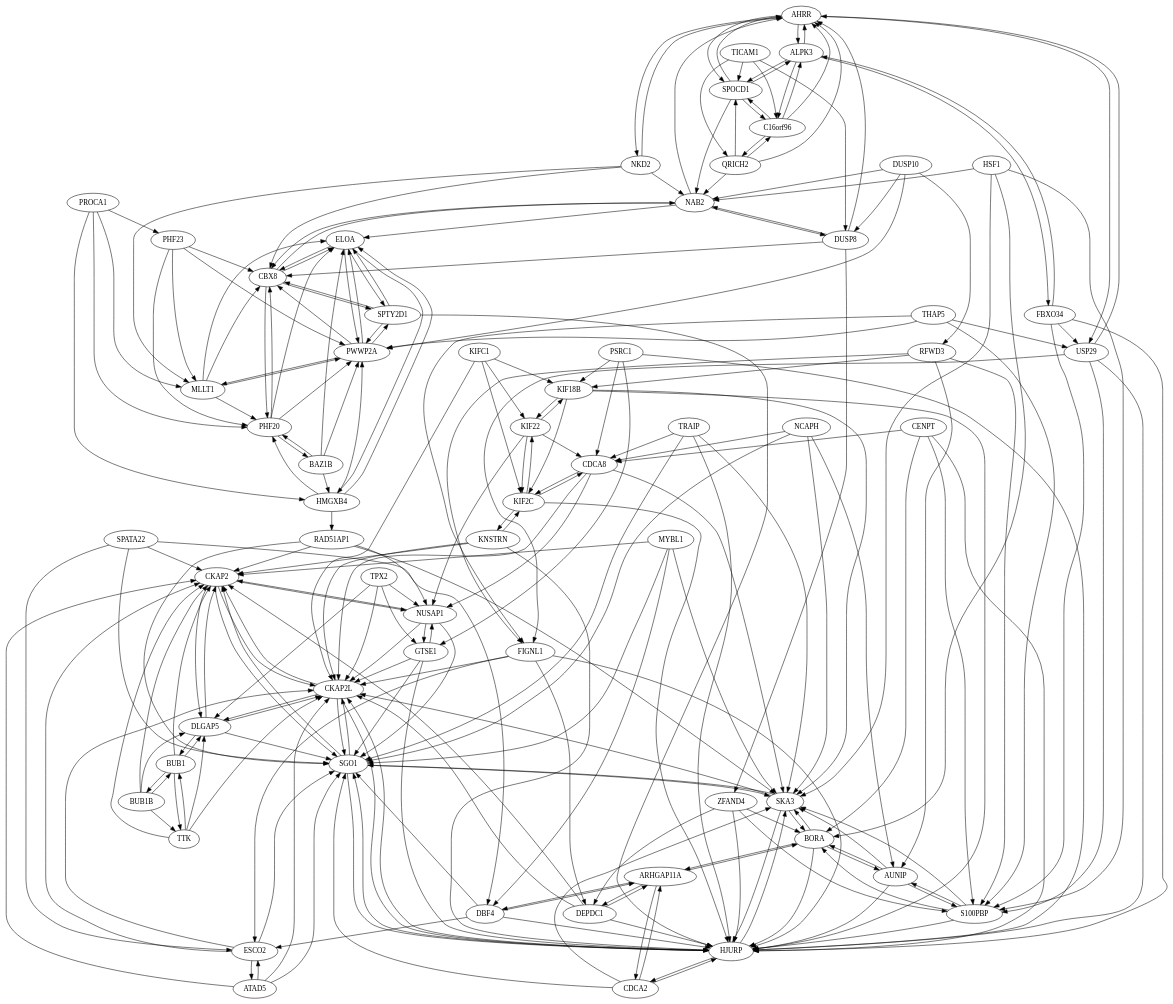
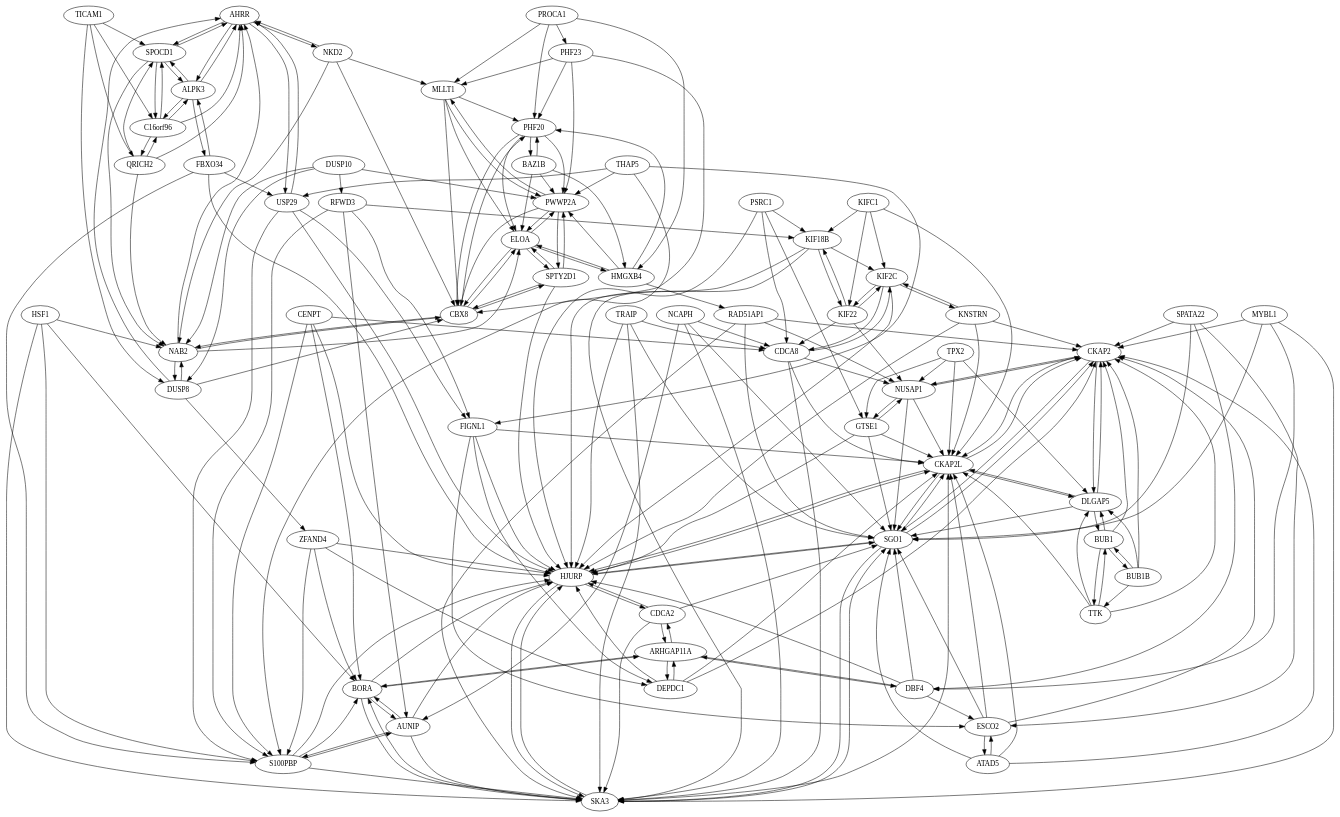
One commit to leonfrench/map-of-proteins-data changed the diagram in v6/graphs/404.graph.dot. Above: the diagram before and after it, drawn with Graphviz. The commit also changed 457 other files, not shown here.

```diff
--- a/v6/graphs/404.graph.dot
+++ b/v6/graphs/404.graph.dot
@@ -1,307 +1,307 @@
 digraph G {
-"AHRR" ["l"="5.342167,8.131840"]
-"ALPK3" ["l"="6.185135,8.390885"]
-"ARHGAP11A" ["l"="5.842954,8.247468"]
-"ATAD5" ["l"="6.796606,7.637290"]
-"AUNIP" ["l"="6.014803,8.191480"]
-"BAZ1B" ["l"="6.751137,7.103216"]
-"BORA" ["l"="6.471295,8.697002"]
-"BUB1" ["l"="4.882495,8.874801"]
-"BUB1B" ["l"="4.595689,8.907238"]
-"C16orf96" ["l"="5.286819,10.414582"]
-"CBX8" ["l"="5.638735,10.831552"]
-"CDCA2" ["l"="5.479311,8.575383"]
-"CDCA8" ["l"="6.656744,8.979912"]
-"CENPT" ["l"="6.274648,10.440174"]
-"CKAP2" ["l"="5.138080,8.288310"]
-"CKAP2L" ["l"="5.945961,8.945353"]
-"DBF4" ["l"="7.308868,7.502505"]
-"DEPDC1" ["l"="7.325713,8.863200"]
-"DLGAP5" ["l"="5.508067,8.758513"]
-"DUSP10" ["l"="5.456861,9.786377"]
-"DUSP8" ["l"="6.451457,7.212914"]
-"ELOA" ["l"="6.522436,9.374074"]
-"ESCO2" ["l"="6.941968,7.442773"]
-"FBXO34" ["l"="6.609139,7.924155"]
-"FIGNL1" ["l"="6.755556,8.052675"]
-"GTSE1" ["l"="6.377364,9.582579"]
-"HJURP" ["l"="5.350543,8.817370"]
-"HMGXB4" ["l"="5.357851,8.679894"]
-"HSF1" ["l"="4.927397,10.251534"]
-"KIF18B" ["l"="4.423866,9.371721"]
-"KIF22" ["l"="5.452693,8.972898"]
-"KIF2C" ["l"="5.670801,8.471496"]
-"KIFC1" ["l"="6.176218,8.868515"]
-"KNSTRN" ["l"="6.909967,9.198081"]
-"MLLT1" ["l"="6.807238,10.388829"]
-"MYBL1" ["l"="6.395647,7.970092"]
-"NAB2" ["l"="6.166708,9.736606"]
-"NCAPH" ["l"="6.929384,9.690364"]
-"NKD2" ["l"="4.633744,8.590987"]
-"NUSAP1" ["l"="6.320037,9.227454"]
-"PHF20" ["l"="6.313389,6.948039"]
-"PHF23" ["l"="5.632984,10.411057"]
-"PROCA1" ["l"="5.672820,9.807267"]
-"PSRC1" ["l"="5.908868,10.111429"]
-"PWWP2A" ["l"="7.328905,9.154952"]
-"QRICH2" ["l"="5.486474,9.798437"]
-"RAD51AP1" ["l"="7.401375,9.143545"]
-"RFWD3" ["l"="7.083966,7.384392"]
-"S100PBP" ["l"="6.818924,7.866403"]
-"SGO1" ["l"="5.899331,8.624681"]
-"SKA3" ["l"="6.480450,8.876753"]
-"SPATA22" ["l"="7.117840,8.283499"]
-"SPOCD1" ["l"="5.827494,9.105877"]
-"SPTY2D1" ["l"="5.414703,9.005554"]
-"THAP5" ["l"="7.265194,9.294370"]
-"TICAM1" ["l"="5.321524,8.913726"]
-"TPX2" ["l"="6.059177,9.304498"]
-"TRAIP" ["l"="6.891051,9.181768"]
-"TTK" ["l"="5.492383,8.918749"]
-"USP29" ["l"="4.809788,8.619522"]
-"ZFAND4" ["l"="6.654924,7.952474"]
-"AHRR" -> "NKD2"
-"AHRR" -> "SPOCD1"
-"AHRR" -> "ALPK3"
-"AHRR" -> "USP29"
-"ALPK3" -> "FBXO34"
-"ALPK3" -> "SPOCD1"
-"ALPK3" -> "AHRR"
-"ALPK3" -> "C16orf96"
-"ARHGAP11A" -> "CDCA2"
-"ARHGAP11A" -> "BORA"
-"ARHGAP11A" -> "DBF4"
-"ARHGAP11A" -> "DEPDC1"
-"ATAD5" -> "ESCO2"
-"ATAD5" -> "CKAP2"
-"ATAD5" -> "CKAP2L"
-"ATAD5" -> "SGO1"
-"AUNIP" -> "SKA3"
-"AUNIP" -> "BORA"
-"AUNIP" -> "S100PBP"
-"AUNIP" -> "HJURP"
-"BAZ1B" -> "PHF20"
-"BAZ1B" -> "ELOA"
-"BAZ1B" -> "HMGXB4"
-"BAZ1B" -> "PWWP2A"
-"BORA" -> "SKA3"
-"BORA" -> "HJURP"
-"BORA" -> "ARHGAP11A"
-"BORA" -> "AUNIP"
-"BUB1" -> "BUB1B"
-"BUB1" -> "DLGAP5"
-"BUB1" -> "CKAP2"
-"BUB1" -> "TTK"
-"BUB1B" -> "BUB1"
-"BUB1B" -> "DLGAP5"
-"BUB1B" -> "CKAP2"
-"BUB1B" -> "TTK"
-"C16orf96" -> "QRICH2"
-"C16orf96" -> "AHRR"
-"C16orf96" -> "SPOCD1"
-"C16orf96" -> "ALPK3"
-"CBX8" -> "ELOA"
-"CBX8" -> "NAB2"
-"CBX8" -> "PHF20"
-"CBX8" -> "SPTY2D1"
-"CDCA2" -> "SGO1"
-"CDCA2" -> "HJURP"
-"CDCA2" -> "ARHGAP11A"
-"CDCA2" -> "SKA3"
-"CDCA8" -> "SKA3"
-"CDCA8" -> "NUSAP1"
-"CDCA8" -> "CKAP2L"
-"CDCA8" -> "KIF2C"
-"CENPT" -> "HJURP"
-"CENPT" -> "S100PBP"
-"CENPT" -> "CDCA8"
-"CENPT" -> "BORA"
-"CKAP2" -> "CKAP2L"
-"CKAP2" -> "SGO1"
-"CKAP2" -> "DLGAP5"
-"CKAP2" -> "NUSAP1"
-"CKAP2L" -> "CKAP2"
-"CKAP2L" -> "SGO1"
-"CKAP2L" -> "DLGAP5"
-"CKAP2L" -> "HJURP"
-"DBF4" -> "SGO1"
-"DBF4" -> "ARHGAP11A"
-"DBF4" -> "HJURP"
-"DBF4" -> "ESCO2"
-"DEPDC1" -> "ARHGAP11A"
-"DEPDC1" -> "HJURP"
-"DEPDC1" -> "CKAP2L"
-"DEPDC1" -> "CKAP2"
-"DLGAP5" -> "CKAP2"
-"DLGAP5" -> "CKAP2L"
-"DLGAP5" -> "BUB1"
-"DLGAP5" -> "SGO1"
-"DUSP10" -> "NAB2"
-"DUSP10" -> "RFWD3"
-"DUSP10" -> "DUSP8"
-"DUSP10" -> "PWWP2A"
-"DUSP8" -> "NAB2"
-"DUSP8" -> "AHRR"
-"DUSP8" -> "CBX8"
-"DUSP8" -> "ZFAND4"
-"ELOA" -> "SPTY2D1"
-"ELOA" -> "HMGXB4"
-"ELOA" -> "PWWP2A"
-"ELOA" -> "CBX8"
-"ESCO2" -> "ATAD5"
-"ESCO2" -> "CKAP2"
-"ESCO2" -> "SGO1"
-"ESCO2" -> "CKAP2L"
-"FBXO34" -> "ALPK3"
-"FBXO34" -> "HJURP"
-"FBXO34" -> "USP29"
-"FBXO34" -> "S100PBP"
-"FIGNL1" -> "ESCO2"
-"FIGNL1" -> "HJURP"
-"FIGNL1" -> "DEPDC1"
-"FIGNL1" -> "CKAP2L"
-"GTSE1" -> "NUSAP1"
-"GTSE1" -> "HJURP"
-"GTSE1" -> "SGO1"
-"GTSE1" -> "CKAP2L"
-"HJURP" -> "SGO1"
-"HJURP" -> "CDCA2"
-"HJURP" -> "SKA3"
-"HJURP" -> "CKAP2L"
-"HMGXB4" -> "ELOA"
-"HMGXB4" -> "PHF20"
-"HMGXB4" -> "RAD51AP1"
-"HMGXB4" -> "PWWP2A"
-"HSF1" -> "BORA"
-"HSF1" -> "S100PBP"
-"HSF1" -> "NAB2"
-"HSF1" -> "SKA3"
-"KIF18B" -> "KIF22"
-"KIF18B" -> "HJURP"
-"KIF18B" -> "KIF2C"
-"KIF18B" -> "SKA3"
-"KIF22" -> "KIF18B"
-"KIF22" -> "KIF2C"
-"KIF22" -> "NUSAP1"
-"KIF22" -> "CDCA8"
-"KIF2C" -> "KIF22"
-"KIF2C" -> "CDCA8"
-"KIF2C" -> "KNSTRN"
-"KIF2C" -> "HJURP"
-"KIFC1" -> "KIF2C"
-"KIFC1" -> "KIF18B"
-"KIFC1" -> "CKAP2L"
-"KIFC1" -> "KIF22"
-"KNSTRN" -> "CKAP2"
-"KNSTRN" -> "KIF2C"
-"KNSTRN" -> "CKAP2L"
-"KNSTRN" -> "HJURP"
-"MLLT1" -> "PWWP2A"
-"MLLT1" -> "CBX8"
-"MLLT1" -> "ELOA"
-"MLLT1" -> "PHF20"
-"MYBL1" -> "SGO1"
-"MYBL1" -> "SKA3"
-"MYBL1" -> "DBF4"
-"MYBL1" -> "CKAP2"
-"NAB2" -> "CBX8"
-"NAB2" -> "DUSP8"
-"NAB2" -> "ELOA"
-"NAB2" -> "AHRR"
-"NCAPH" -> "SKA3"
-"NCAPH" -> "CDCA8"
-"NCAPH" -> "SGO1"
-"NCAPH" -> "AUNIP"
-"NKD2" -> "AHRR"
-"NKD2" -> "CBX8"
-"NKD2" -> "MLLT1"
-"NKD2" -> "NAB2"
-"NUSAP1" -> "SGO1"
-"NUSAP1" -> "CKAP2"
-"NUSAP1" -> "GTSE1"
-"NUSAP1" -> "CKAP2L"
-"PHF20" -> "ELOA"
-"PHF20" -> "CBX8"
-"PHF20" -> "BAZ1B"
-"PHF20" -> "PWWP2A"
-"PHF23" -> "CBX8"
-"PHF23" -> "PHF20"
-"PHF23" -> "PWWP2A"
-"PHF23" -> "MLLT1"
-"PROCA1" -> "MLLT1"
-"PROCA1" -> "PHF23"
-"PROCA1" -> "HMGXB4"
-"PROCA1" -> "PHF20"
-"PSRC1" -> "GTSE1"
-"PSRC1" -> "KIF18B"
-"PSRC1" -> "HJURP"
-"PSRC1" -> "CDCA8"
-"PWWP2A" -> "ELOA"
-"PWWP2A" -> "CBX8"
-"PWWP2A" -> "MLLT1"
-"PWWP2A" -> "SPTY2D1"
-"QRICH2" -> "C16orf96"
-"QRICH2" -> "SPOCD1"
-"QRICH2" -> "AHRR"
-"QRICH2" -> "NAB2"
-"RAD51AP1" -> "SGO1"
-"RAD51AP1" -> "SKA3"
-"RAD51AP1" -> "NUSAP1"
-"RAD51AP1" -> "CKAP2"
-"RFWD3" -> "S100PBP"
-"RFWD3" -> "AUNIP"
-"RFWD3" -> "FIGNL1"
-"RFWD3" -> "KIF18B"
-"S100PBP" -> "AUNIP"
-"S100PBP" -> "HJURP"
-"S100PBP" -> "SKA3"
-"S100PBP" -> "BORA"
-"SGO1" -> "CKAP2L"
-"SGO1" -> "CKAP2"
-"SGO1" -> "SKA3"
-"SGO1" -> "HJURP"
-"SKA3" -> "SGO1"
-"SKA3" -> "HJURP"
-"SKA3" -> "BORA"
-"SKA3" -> "CKAP2L"
-"SPATA22" -> "DBF4"
-"SPATA22" -> "CKAP2"
-"SPATA22" -> "ESCO2"
-"SPATA22" -> "SGO1"
-"SPOCD1" -> "AHRR"
-"SPOCD1" -> "ALPK3"
-"SPOCD1" -> "C16orf96"
-"SPOCD1" -> "NAB2"
-"SPTY2D1" -> "ELOA"
-"SPTY2D1" -> "CBX8"
-"SPTY2D1" -> "PWWP2A"
-"SPTY2D1" -> "HJURP"
-"THAP5" -> "S100PBP"
-"THAP5" -> "USP29"
-"THAP5" -> "PWWP2A"
-"THAP5" -> "FIGNL1"
-"TICAM1" -> "DUSP8"
-"TICAM1" -> "C16orf96"
-"TICAM1" -> "SPOCD1"
-"TICAM1" -> "QRICH2"
-"TPX2" -> "DLGAP5"
-"TPX2" -> "CKAP2L"
-"TPX2" -> "GTSE1"
-"TPX2" -> "NUSAP1"
-"TRAIP" -> "SKA3"
-"TRAIP" -> "SGO1"
-"TRAIP" -> "CDCA8"
-"TRAIP" -> "HJURP"
-"TTK" -> "CKAP2"
-"TTK" -> "BUB1"
-"TTK" -> "DLGAP5"
-"TTK" -> "CKAP2L"
-"USP29" -> "HJURP"
-"USP29" -> "AHRR"
-"USP29" -> "S100PBP"
-"USP29" -> "FIGNL1"
-"ZFAND4" -> "HJURP"
-"ZFAND4" -> "DEPDC1"
-"ZFAND4" -> "BORA"
-"ZFAND4" -> "S100PBP"
+"AHRR" -> "NKD2";
+"AHRR" -> "SPOCD1";
+"AHRR" -> "ALPK3";
+"AHRR" -> "USP29";
+"ALPK3" -> "FBXO34";
+"ALPK3" -> "SPOCD1";
+"ALPK3" -> "AHRR";
+"ALPK3" -> "C16orf96";
+"ARHGAP11A" -> "CDCA2";
+"ARHGAP11A" -> "BORA";
+"ARHGAP11A" -> "DBF4";
+"ARHGAP11A" -> "DEPDC1";
+"ATAD5" -> "ESCO2";
+"ATAD5" -> "CKAP2";
+"ATAD5" -> "CKAP2L";
+"ATAD5" -> "SGO1";
+"AUNIP" -> "SKA3";
+"AUNIP" -> "BORA";
+"AUNIP" -> "S100PBP";
+"AUNIP" -> "HJURP";
+"BAZ1B" -> "PHF20";
+"BAZ1B" -> "ELOA";
+"BAZ1B" -> "HMGXB4";
+"BAZ1B" -> "PWWP2A";
+"BORA" -> "SKA3";
+"BORA" -> "HJURP";
+"BORA" -> "ARHGAP11A";
+"BORA" -> "AUNIP";
+"BUB1" -> "BUB1B";
+"BUB1" -> "DLGAP5";
+"BUB1" -> "CKAP2";
+"BUB1" -> "TTK";
+"BUB1B" -> "BUB1";
+"BUB1B" -> "DLGAP5";
+"BUB1B" -> "CKAP2";
+"BUB1B" -> "TTK";
+"C16orf96" -> "QRICH2";
+"C16orf96" -> "AHRR";
+"C16orf96" -> "SPOCD1";
+"C16orf96" -> "ALPK3";
+"CBX8" -> "ELOA";
+"CBX8" -> "NAB2";
+"CBX8" -> "PHF20";
+"CBX8" -> "SPTY2D1";
+"CDCA2" -> "SGO1";
+"CDCA2" -> "HJURP";
+"CDCA2" -> "ARHGAP11A";
+"CDCA2" -> "SKA3";
+"CDCA8" -> "SKA3";
+"CDCA8" -> "NUSAP1";
+"CDCA8" -> "CKAP2L";
+"CDCA8" -> "KIF2C";
+"CENPT" -> "HJURP";
+"CENPT" -> "S100PBP";
+"CENPT" -> "CDCA8";
+"CENPT" -> "BORA";
+"CKAP2" -> "CKAP2L";
+"CKAP2" -> "SGO1";
+"CKAP2" -> "DLGAP5";
+"CKAP2" -> "NUSAP1";
+"CKAP2L" -> "CKAP2";
+"CKAP2L" -> "SGO1";
+"CKAP2L" -> "DLGAP5";
+"CKAP2L" -> "HJURP";
+"DBF4" -> "SGO1";
+"DBF4" -> "ARHGAP11A";
+"DBF4" -> "HJURP";
+"DBF4" -> "ESCO2";
+"DEPDC1" -> "ARHGAP11A";
+"DEPDC1" -> "HJURP";
+"DEPDC1" -> "CKAP2L";
+"DEPDC1" -> "CKAP2";
+"DLGAP5" -> "CKAP2";
+"DLGAP5" -> "CKAP2L";
+"DLGAP5" -> "BUB1";
+"DLGAP5" -> "SGO1";
+"DUSP10" -> "NAB2";
+"DUSP10" -> "RFWD3";
+"DUSP10" -> "DUSP8";
+"DUSP10" -> "PWWP2A";
+"DUSP8" -> "NAB2";
+"DUSP8" -> "AHRR";
+"DUSP8" -> "CBX8";
+"DUSP8" -> "ZFAND4";
+"ELOA" -> "SPTY2D1";
+"ELOA" -> "HMGXB4";
+"ELOA" -> "PWWP2A";
+"ELOA" -> "CBX8";
+"ESCO2" -> "ATAD5";
+"ESCO2" -> "CKAP2";
+"ESCO2" -> "SGO1";
+"ESCO2" -> "CKAP2L";
+"FBXO34" -> "ALPK3";
+"FBXO34" -> "HJURP";
+"FBXO34" -> "USP29";
+"FBXO34" -> "S100PBP";
+"FIGNL1" -> "ESCO2";
+"FIGNL1" -> "HJURP";
+"FIGNL1" -> "DEPDC1";
+"FIGNL1" -> "CKAP2L";
+"GTSE1" -> "NUSAP1";
+"GTSE1" -> "HJURP";
+"GTSE1" -> "SGO1";
+"GTSE1" -> "CKAP2L";
+"HJURP" -> "SGO1";
+"HJURP" -> "CDCA2";
+"HJURP" -> "SKA3";
+"HJURP" -> "CKAP2L";
+"HMGXB4" -> "ELOA";
+"HMGXB4" -> "PHF20";
+"HMGXB4" -> "RAD51AP1";
+"HMGXB4" -> "PWWP2A";
+"HSF1" -> "BORA";
+"HSF1" -> "S100PBP";
+"HSF1" -> "NAB2";
+"HSF1" -> "SKA3";
+"KIF18B" -> "KIF22";
+"KIF18B" -> "HJURP";
+"KIF18B" -> "KIF2C";
+"KIF18B" -> "SKA3";
+"KIF22" -> "KIF18B";
+"KIF22" -> "KIF2C";
+"KIF22" -> "NUSAP1";
+"KIF22" -> "CDCA8";
+"KIF2C" -> "KIF22";
+"KIF2C" -> "CDCA8";
+"KIF2C" -> "KNSTRN";
+"KIF2C" -> "HJURP";
+"KIFC1" -> "KIF2C";
+"KIFC1" -> "KIF18B";
+"KIFC1" -> "CKAP2L";
+"KIFC1" -> "KIF22";
+"KNSTRN" -> "CKAP2";
+"KNSTRN" -> "KIF2C";
+"KNSTRN" -> "CKAP2L";
+"KNSTRN" -> "HJURP";
+"MLLT1" -> "PWWP2A";
+"MLLT1" -> "CBX8";
+"MLLT1" -> "ELOA";
+"MLLT1" -> "PHF20";
+"MYBL1" -> "SGO1";
+"MYBL1" -> "SKA3";
+"MYBL1" -> "DBF4";
+"MYBL1" -> "CKAP2";
+"NAB2" -> "CBX8";
+"NAB2" -> "DUSP8";
+"NAB2" -> "ELOA";
+"NAB2" -> "AHRR";
+"NCAPH" -> "SKA3";
+"NCAPH" -> "CDCA8";
+"NCAPH" -> "SGO1";
+"NCAPH" -> "AUNIP";
+"NKD2" -> "AHRR";
+"NKD2" -> "CBX8";
+"NKD2" -> "MLLT1";
+"NKD2" -> "NAB2";
+"NUSAP1" -> "SGO1";
+"NUSAP1" -> "CKAP2";
+"NUSAP1" -> "GTSE1";
+"NUSAP1" -> "CKAP2L";
+"PHF20" -> "ELOA";
+"PHF20" -> "CBX8";
+"PHF20" -> "BAZ1B";
+"PHF20" -> "PWWP2A";
+"PHF23" -> "CBX8";
+"PHF23" -> "PHF20";
+"PHF23" -> "PWWP2A";
+"PHF23" -> "MLLT1";
+"PROCA1" -> "MLLT1";
+"PROCA1" -> "PHF23";
+"PROCA1" -> "HMGXB4";
+"PROCA1" -> "PHF20";
+"PSRC1" -> "GTSE1";
+"PSRC1" -> "KIF18B";
+"PSRC1" -> "HJURP";
+"PSRC1" -> "CDCA8";
+"PWWP2A" -> "ELOA";
+"PWWP2A" -> "CBX8";
+"PWWP2A" -> "MLLT1";
+"PWWP2A" -> "SPTY2D1";
+"QRICH2" -> "C16orf96";
+"QRICH2" -> "SPOCD1";
+"QRICH2" -> "AHRR";
+"QRICH2" -> "NAB2";
+"RAD51AP1" -> "SGO1";
+"RAD51AP1" -> "SKA3";
+"RAD51AP1" -> "NUSAP1";
+"RAD51AP1" -> "CKAP2";
+"RFWD3" -> "S100PBP";
+"RFWD3" -> "AUNIP";
+"RFWD3" -> "FIGNL1";
+"RFWD3" -> "KIF18B";
+"S100PBP" -> "AUNIP";
+"S100PBP" -> "HJURP";
+"S100PBP" -> "SKA3";
+"S100PBP" -> "BORA";
+"SGO1" -> "CKAP2L";
+"SGO1" -> "CKAP2";
+"SGO1" -> "SKA3";
+"SGO1" -> "HJURP";
+"SKA3" -> "SGO1";
+"SKA3" -> "HJURP";
+"SKA3" -> "BORA";
+"SKA3" -> "CKAP2L";
+"SPATA22" -> "DBF4";
+"SPATA22" -> "CKAP2";
+"SPATA22" -> "ESCO2";
+"SPATA22" -> "SGO1";
+"SPOCD1" -> "AHRR";
+"SPOCD1" -> "ALPK3";
+"SPOCD1" -> "C16orf96";
+"SPOCD1" -> "NAB2";
+"SPTY2D1" -> "ELOA";
+"SPTY2D1" -> "CBX8";
+"SPTY2D1" -> "PWWP2A";
+"SPTY2D1" -> "HJURP";
+"THAP5" -> "S100PBP";
+"THAP5" -> "USP29";
+"THAP5" -> "PWWP2A";
+"THAP5" -> "FIGNL1";
+"TICAM1" -> "DUSP8";
+"TICAM1" -> "C16orf96";
+"TICAM1" -> "SPOCD1";
+"TICAM1" -> "QRICH2";
+"TPX2" -> "DLGAP5";
+"TPX2" -> "CKAP2L";
+"TPX2" -> "GTSE1";
+"TPX2" -> "NUSAP1";
+"TRAIP" -> "SKA3";
+"TRAIP" -> "SGO1";
+"TRAIP" -> "CDCA8";
+"TRAIP" -> "HJURP";
+"TTK" -> "CKAP2";
+"TTK" -> "BUB1";
+"TTK" -> "DLGAP5";
+"TTK" -> "CKAP2L";
+"USP29" -> "HJURP";
+"USP29" -> "AHRR";
+"USP29" -> "S100PBP";
+"USP29" -> "FIGNL1";
+"ZFAND4" -> "HJURP";
+"ZFAND4" -> "DEPDC1";
+"ZFAND4" -> "BORA";
+"ZFAND4" -> "S100PBP";
+"AHRR" ["l"="5.342167,8.131840"];
+"ALPK3" ["l"="6.185135,8.390885"];
+"ARHGAP11A" ["l"="5.842954,8.247468"];
+"ATAD5" ["l"="6.796606,7.637290"];
+"AUNIP" ["l"="6.014803,8.191480"];
+"BAZ1B" ["l"="6.751137,7.103216"];
+"BORA" ["l"="6.471295,8.697002"];
+"BUB1" ["l"="4.882495,8.874801"];
+"BUB1B" ["l"="4.595689,8.907238"];
+"C16orf96" ["l"="5.286819,10.414582"];
+"CBX8" ["l"="5.638735,10.831552"];
+"CDCA2" ["l"="5.479311,8.575383"];
+"CDCA8" ["l"="6.656744,8.979912"];
+"CENPT" ["l"="6.274648,10.440174"];
+"CKAP2" ["l"="5.138080,8.288310"];
+"CKAP2L" ["l"="5.945961,8.945353"];
+"DBF4" ["l"="7.308868,7.502505"];
+"DEPDC1" ["l"="7.325713,8.863200"];
+"DLGAP5" ["l"="5.508067,8.758513"];
+"DUSP10" ["l"="5.456861,9.786377"];
+"DUSP8" ["l"="6.451457,7.212914"];
+"ELOA" ["l"="6.522436,9.374074"];
+"ESCO2" ["l"="6.941968,7.442773"];
+"FBXO34" ["l"="6.609139,7.924155"];
+"FIGNL1" ["l"="6.755556,8.052675"];
+"GTSE1" ["l"="6.377364,9.582579"];
+"HJURP" ["l"="5.350543,8.817370"];
+"HMGXB4" ["l"="5.357851,8.679894"];
+"HSF1" ["l"="4.927397,10.251534"];
+"KIF18B" ["l"="4.423866,9.371721"];
+"KIF22" ["l"="5.452693,8.972898"];
+"KIF2C" ["l"="5.670801,8.471496"];
+"KIFC1" ["l"="6.176218,8.868515"];
+"KNSTRN" ["l"="6.909967,9.198081"];
+"MLLT1" ["l"="6.807238,10.388829"];
+"MYBL1" ["l"="6.395647,7.970092"];
+"NAB2" ["l"="6.166708,9.736606"];
+"NCAPH" ["l"="6.929384,9.690364"];
+"NKD2" ["l"="4.633744,8.590987"];
+"NUSAP1" ["l"="6.320037,9.227454"];
+"PHF20" ["l"="6.313389,6.948039"];
+"PHF23" ["l"="5.632984,10.411057"];
+"PROCA1" ["l"="5.672820,9.807267"];
+"PSRC1" ["l"="5.908868,10.111429"];
+"PWWP2A" ["l"="7.328905,9.154952"];
+"QRICH2" ["l"="5.486474,9.798437"];
+"RAD51AP1" ["l"="7.401375,9.143545"];
+"RFWD3" ["l"="7.083966,7.384392"];
+"S100PBP" ["l"="6.818924,7.866403"];
+"SGO1" ["l"="5.899331,8.624681"];
+"SKA3" ["l"="6.480450,8.876753"];
+"SPATA22" ["l"="7.117840,8.283499"];
+"SPOCD1" ["l"="5.827494,9.105877"];
+"SPTY2D1" ["l"="5.414703,9.005554"];
+"THAP5" ["l"="7.265194,9.294370"];
+"TICAM1" ["l"="5.321524,8.913726"];
+"TPX2" ["l"="6.059177,9.304498"];
+"TRAIP" ["l"="6.891051,9.181768"];
+"TTK" ["l"="5.492383,8.918749"];
+"USP29" ["l"="4.809788,8.619522"];
+"ZFAND4" ["l"="6.654924,7.952474"];
 }
```
